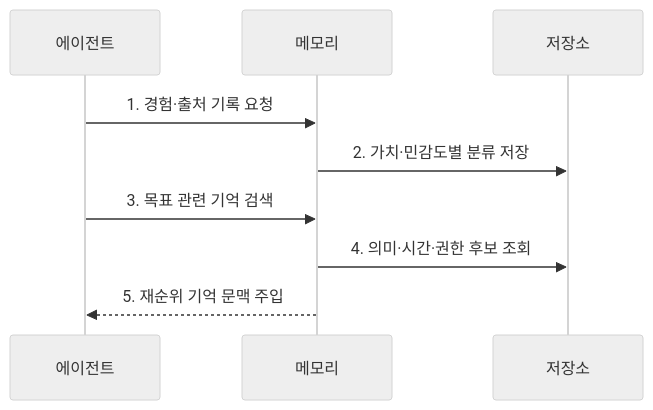
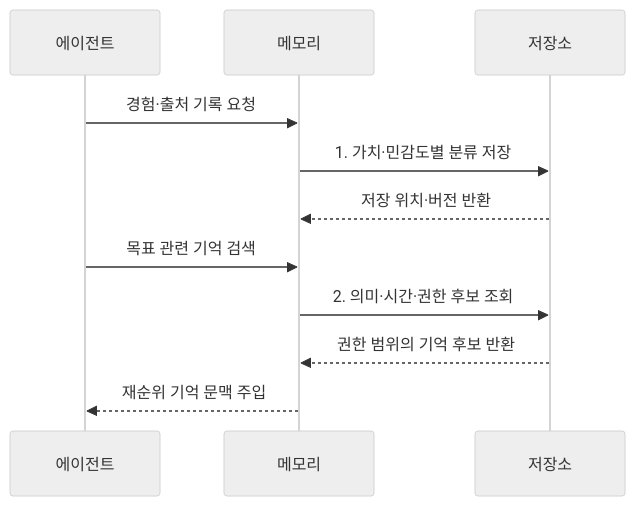
Before and after one commit to agnusdei1207/knowledge-base: the second of 2 diagrams in src/content/docs/notes/08-latest-tech/016_agent_memory.md, drawn with Mermaid (neutral theme). The commit also changed other lines of this file and 225 other files, not shown here.

````diff
--- a/src/content/docs/notes/08-latest-tech/016_agent_memory.md
+++ b/src/content/docs/notes/08-latest-tech/016_agent_memory.md
@@ -76,11 +76,13 @@
 ```mermaid
 sequenceDiagram
     participant A as 에이전트
     participant M as 메모리
     participant S as 저장소
-    A->>M: 1. 경험·출처 기록 요청
-    M->>S: 2. 가치·민감도별 분류 저장
-    A->>M: 3. 목표 관련 기억 검색
-    M->>S: 4. 의미·시간·권한 후보 조회
-    M-->>A: 5. 재순위 기억 문맥 주입
+    A->>M: 경험·출처 기록 요청
+    M->>S: 1. 가치·민감도별 분류 저장
+    S-->>M: 저장 위치·버전 반환
+    A->>M: 목표 관련 기억 검색
+    M->>S: 2. 의미·시간·권한 후보 조회
+    S-->>M: 권한 범위의 기억 후보 반환
+    M-->>A: 재순위 기억 문맥 주입
 ```
````
